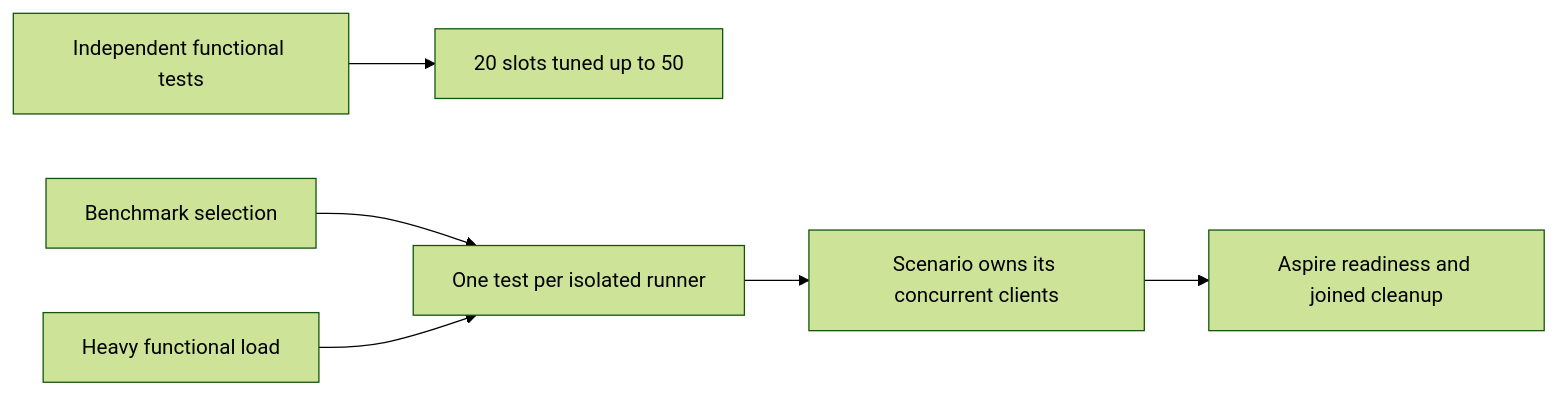
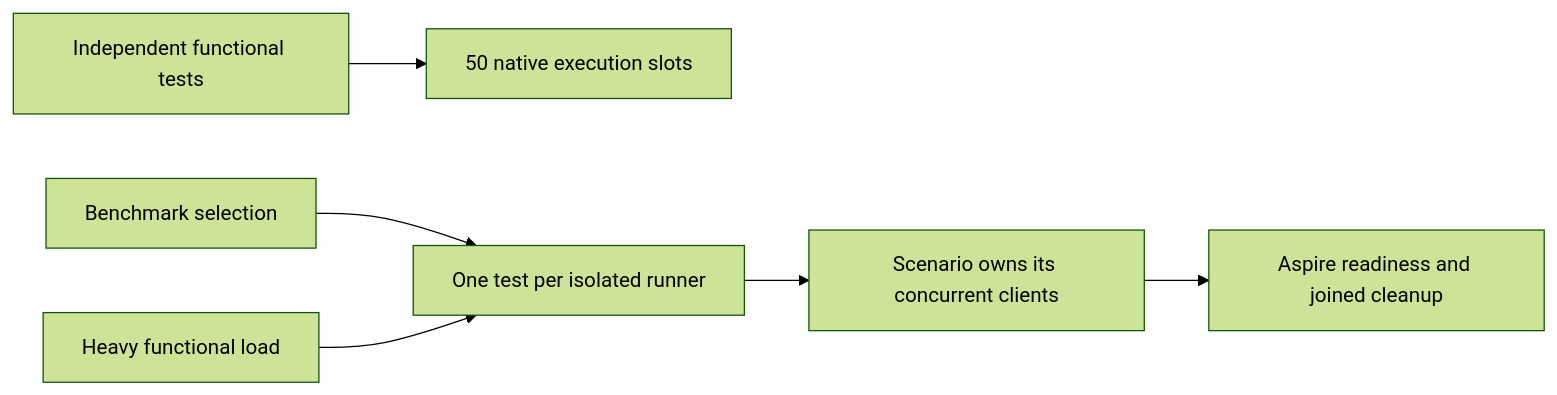
One commit to managedcode/KeyLoad changed the diagram in docs/Features/TestInfrastructure/NativeTUnitEntry.md. Above: the diagram before and after it, drawn with Mermaid (forest theme). The commit also changed other lines of this file and 53 other files, not shown here.

Commit message:
Integrate native activation and RF3 acceptance flows with 50 TUnit slots

````diff
--- a/docs/Features/TestInfrastructure/NativeTUnitEntry.md
+++ b/docs/Features/TestInfrastructure/NativeTUnitEntry.md
@@ -13,8 +13,8 @@
 ```mermaid
 flowchart LR
-  Functional[Independent functional tests] --> Parallel[20 slots tuned up to 50]
+  Functional[Independent functional tests] --> Parallel[50 native execution slots]
   Measurements[Benchmark selection] --> Exclusive[One test per isolated runner]
   Heavy[Heavy functional load] --> Exclusive
   Exclusive --> Clients[Scenario owns its concurrent clients]
   Clients --> Cleanup[Aspire readiness and joined cleanup]
 ```
````
